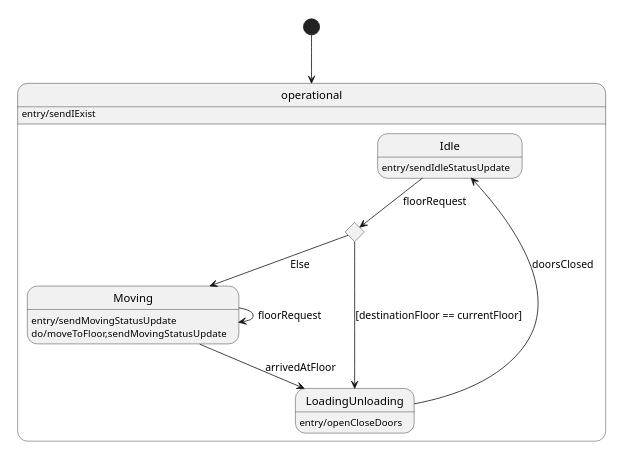
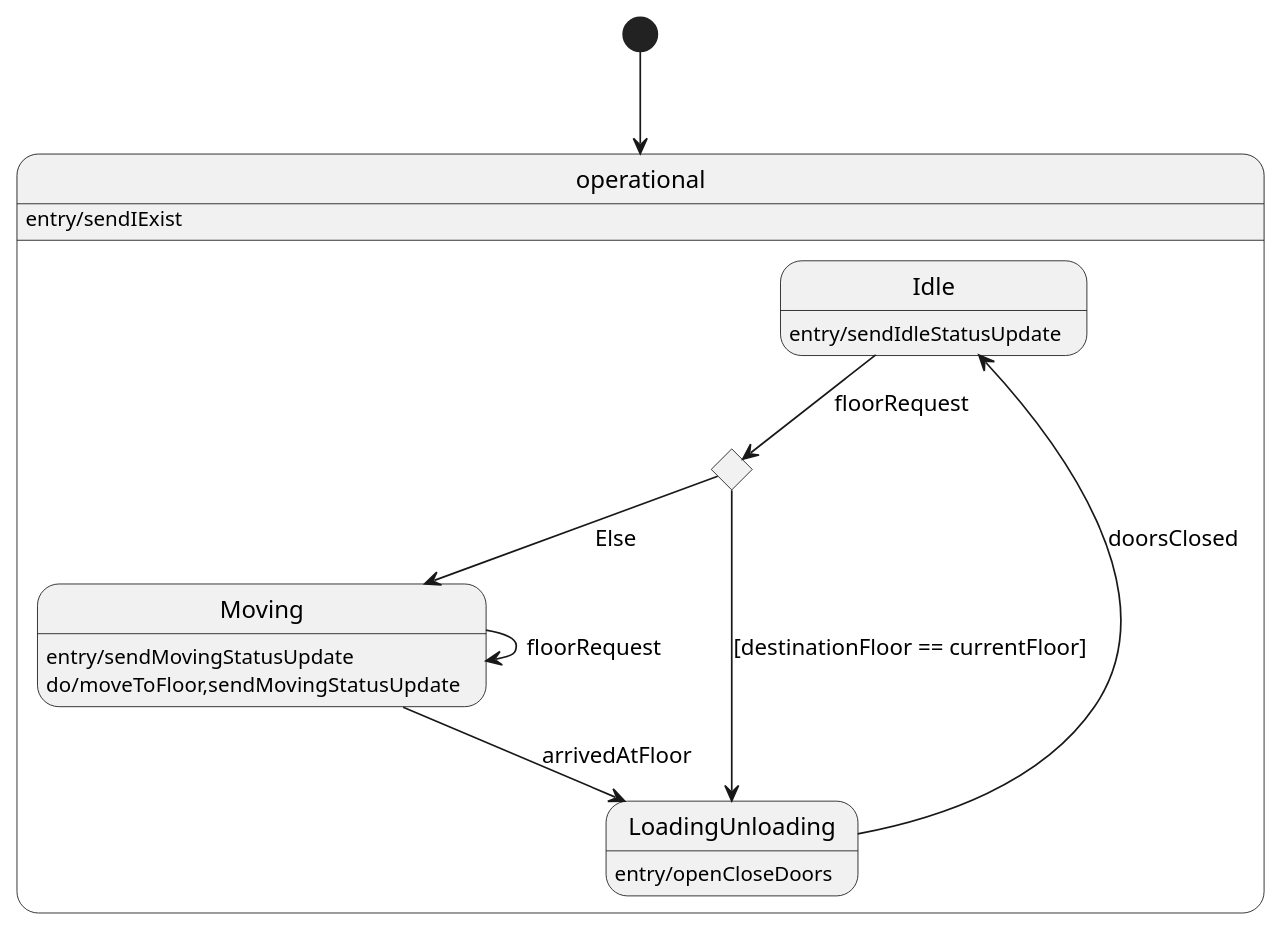
Before and after one commit to Sgt-Roukoz/SYSC3303-Project: the diagram in Diagrams/UpdatedElevatorStateMachine.puml, drawn with PlantUML. The commit also changed 5 other files, not shown here.

Commit message:
updating diagrams and splitting them into manageable chunks

```diff
--- a/Diagrams/UpdatedElevatorStateMachine.puml
+++ b/Diagrams/UpdatedElevatorStateMachine.puml
@@ -1,30 +1,29 @@
 @startuml
 'https://plantuml.com/state-diagram
 
-scale 350 width
 [*] --> operational
 
 state operational {
     operational: entry/sendIExist
     state Idle{
         Idle: entry/sendIdleStatusUpdate
     }
     state Moving{
     Moving: entry/sendMovingStatusUpdate
     Moving: do/moveToFloor,sendMovingStatusUpdate
     }
     state LoadingUnloading{
         LoadingUnloading: entry/openCloseDoors
 
     }
 
     state c <<choice>>
 }
 
 Idle --> c: floorRequest
 c --> LoadingUnloading: [destinationFloor == currentFloor]
 c --> Moving: Else
 Moving --> Moving: floorRequest
 Moving --> LoadingUnloading: arrivedAtFloor
 LoadingUnloading --> Idle: doorsClosed
 @enduml
```
